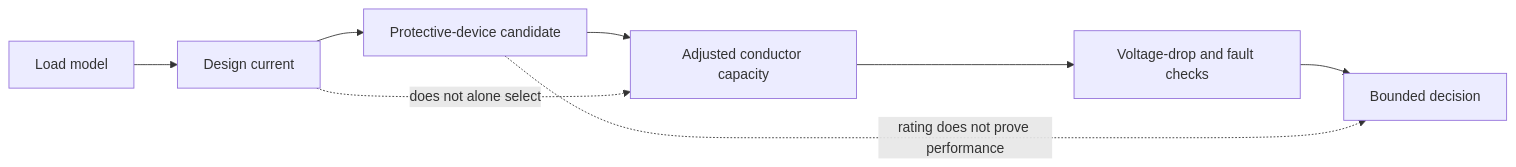
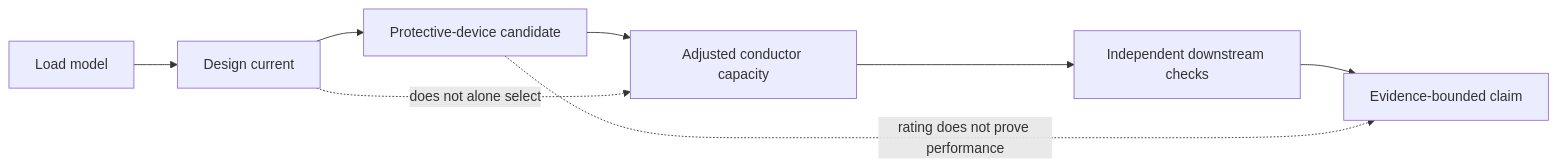
The second of 2 diagrams in docs/learning-plans/6-week/modules/day-16-design-current-device-rating-and-conductor-capacity-relationship.md (andrew3stedall/capstone), drawn with Mermaid before and after one commit. The commit also changed other lines of this file, not shown here.

````diff
--- a/docs/learning-plans/6-week/modules/day-16-design-current-device-rating-and-conductor-capacity-relationship.md
+++ b/docs/learning-plans/6-week/modules/day-16-design-current-device-rating-and-conductor-capacity-relationship.md
@@ -120,10 +149,10 @@
 ```mermaid
 flowchart LR
     L[Load model] --> I[Design current]
     I --> P[Protective-device candidate]
     P --> C[Adjusted conductor capacity]
-    C --> V[Voltage-drop and fault checks]
-    V --> D[Bounded decision]
+    C --> V[Independent downstream checks]
+    V --> D[Evidence-bounded claim]
     I -. does not alone select .-> C
     P -. rating does not prove performance .-> D
 ```
````
